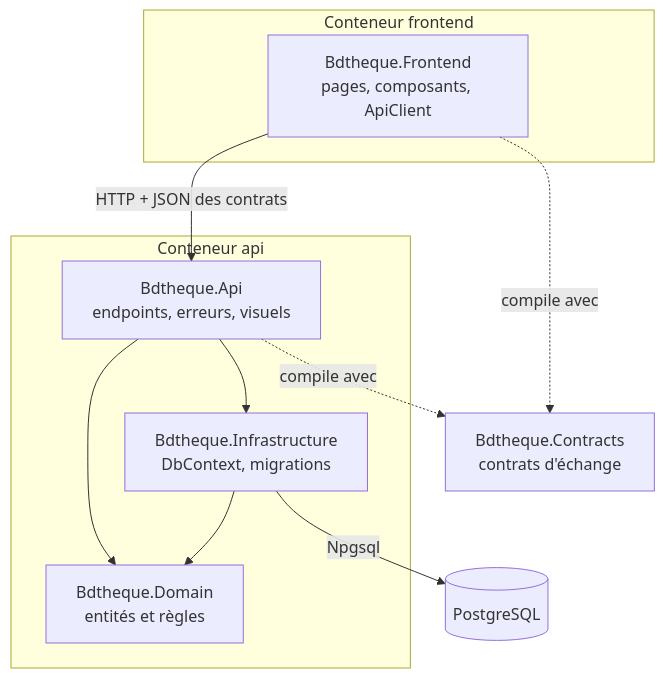
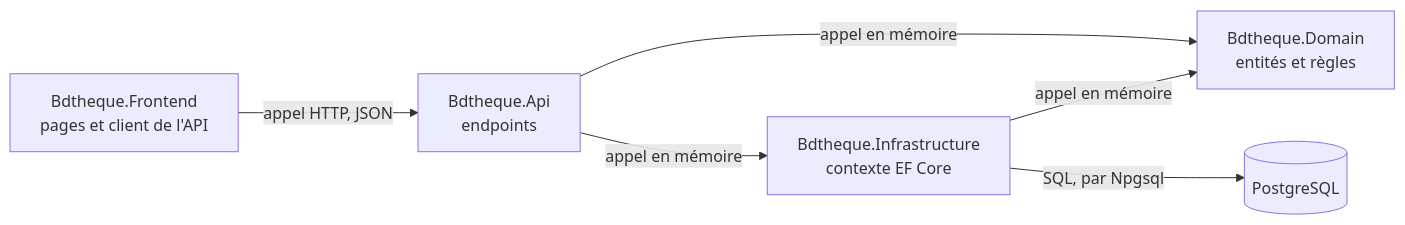
The diagram in docs/tech/architecture/projets-de-la-solution.md (Tetram76/bdtheque-claude), drawn with Mermaid before and after one commit. The commit also changed other lines of this file and 3 other files, not shown here.

First line of the commit message:
docs(tech): architecture réécrite pour un lecteur humain

````diff
--- a/docs/tech/architecture/projets-de-la-solution.md
+++ b/docs/tech/architecture/projets-de-la-solution.md
@@ -18,21 +20,14 @@
 ```mermaid
-flowchart TB
-    subgraph frontend_container["Conteneur frontend"]
-        frontend_project["Bdtheque.Frontend<br/>pages, composants, ApiClient"]
-    end
-    subgraph api_container["Conteneur api"]
-        api_project["Bdtheque.Api<br/>endpoints, erreurs, visuels"]
-        domain["Bdtheque.Domain<br/>entités et règles"]
-        infrastructure["Bdtheque.Infrastructure<br/>DbContext, migrations"]
-    end
-    contracts["Bdtheque.Contracts<br/>contrats d'échange"]
+flowchart LR
+    frontend["Bdtheque.Frontend<br/>pages et client de l'API"]
+    api["Bdtheque.Api<br/>endpoints"]
+    domain["Bdtheque.Domain<br/>entités et règles"]
+    infrastructure["Bdtheque.Infrastructure<br/>contexte EF Core"]
     db[("PostgreSQL")]
 
-    frontend_project -- "HTTP + JSON des contrats" --> api_project
-    api_project --> domain
-    api_project --> infrastructure
-    infrastructure --> domain
-    infrastructure -- "Npgsql" --> db
-    frontend_project -. "compile avec" .-> contracts
-    api_project -. "compile avec" .-> contracts
+    frontend -- "appel HTTP, JSON" --> api
+    api -- "appel en mémoire" --> domain
+    api -- "appel en mémoire" --> infrastructure
+    infrastructure -- "appel en mémoire" --> domain
+    infrastructure -- "SQL, par Npgsql" --> db
 ```
````
